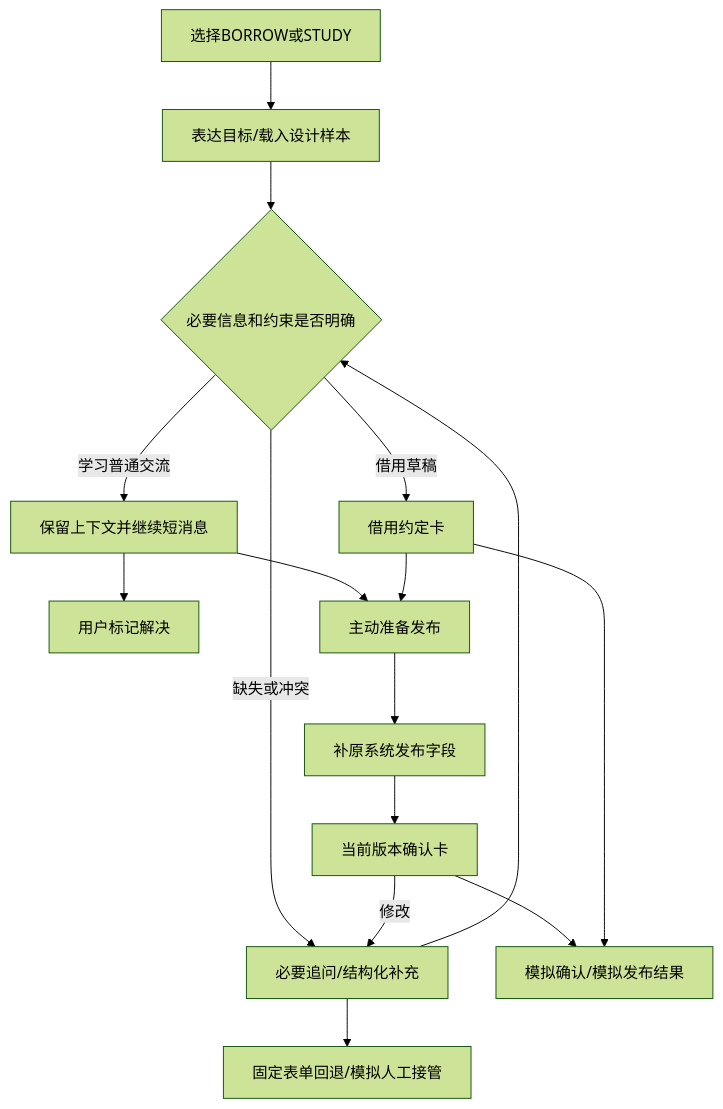
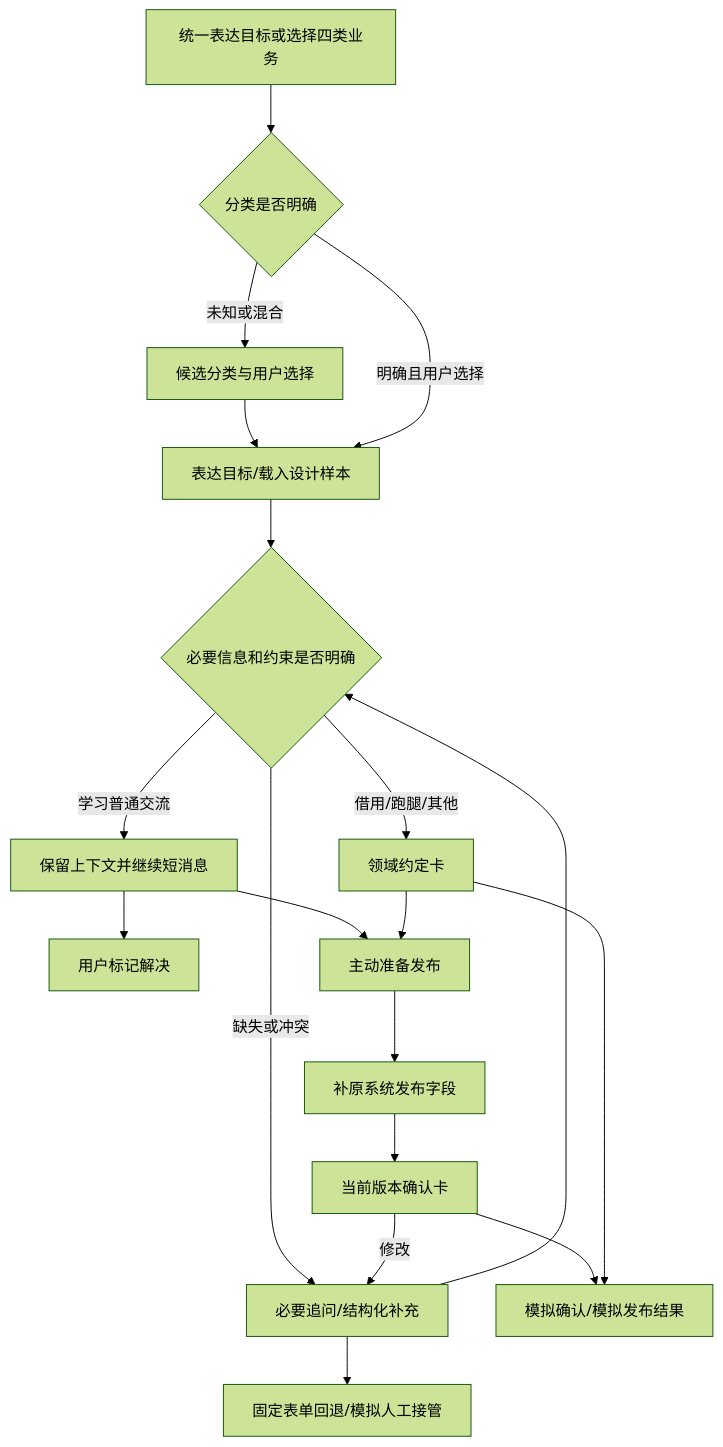
Before and after one commit to PBpromax/campus: the diagram in docs/M1/03-对话与卡片原型.md, drawn with Mermaid (forest theme). The commit also changed other lines of this file and 37 other files, not shown here.

````diff
--- a/docs/M1/03-对话与卡片原型.md
+++ b/docs/M1/03-对话与卡片原型.md
@@ -7,18 +7,21 @@
 ```mermaid
 flowchart TD
-  A[选择BORROW或STUDY] --> B[表达目标/载入设计样本]
+  A[统一表达目标或选择四类业务] --> R{分类是否明确}
+  R -->|未知或混合| Q[候选分类与用户选择]
+  Q --> B[表达目标/载入设计样本]
+  R -->|明确且用户选择| B
   B --> C{必要信息和约束是否明确}
   C -->|缺失或冲突| D[必要追问/结构化补充]
   D --> C
   C -->|学习普通交流| E[保留上下文并继续短消息]
   E --> F[用户标记解决]
   E --> G[主动准备发布]
-  C -->|借用草稿| H[借用约定卡]
+  C -->|借用/跑腿/其他| H[领域约定卡]
   H --> G
   G --> I[补原系统发布字段]
   I --> J[当前版本确认卡]
   J --> K[模拟确认/模拟发布结果]
   H --> K
   J -->|修改| D
   D --> L[固定表单回退/模拟人工接管]
 ```
````
